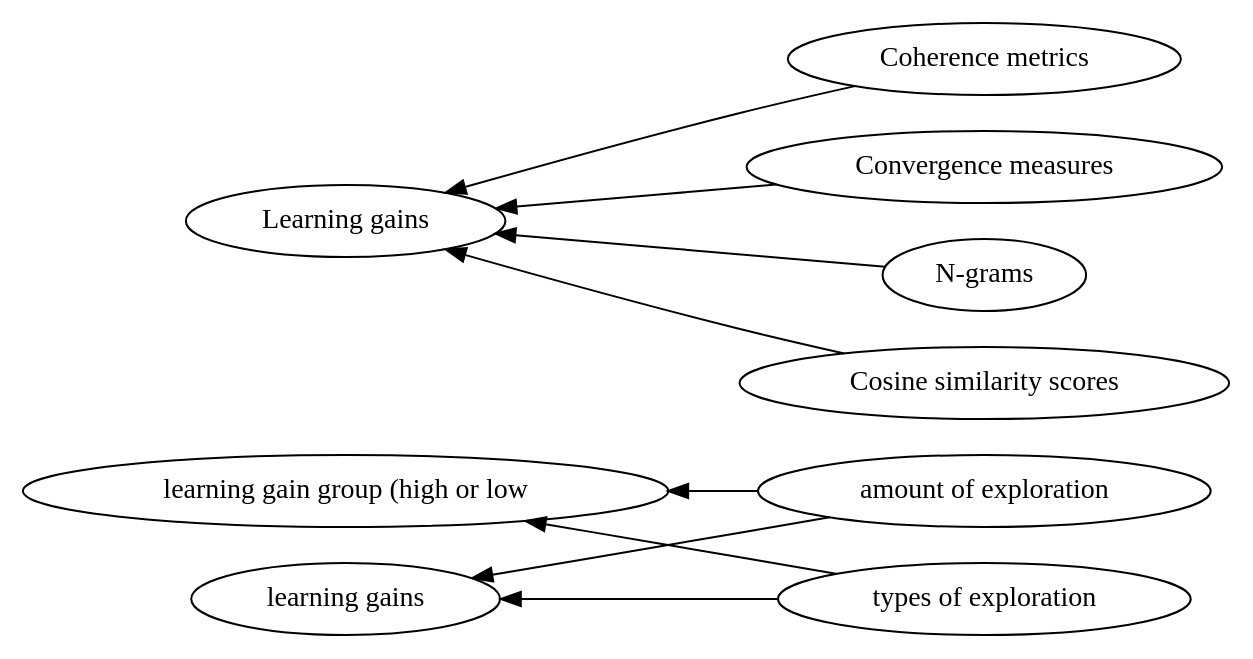
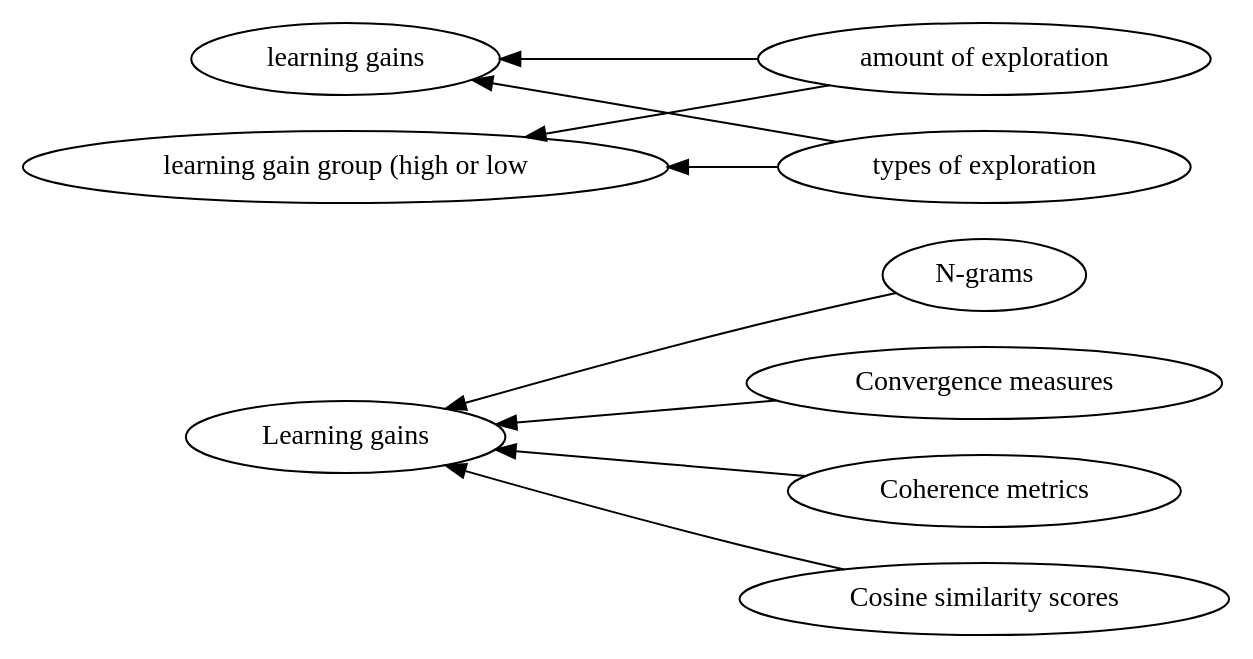
Before and after one commit to hgse-schneider/mmca: the diagram in graphviz/Log Data -> learning.gv, drawn with Graphviz. The commit also changed 168 other files, not shown here.

First line of the commit message:
resized the graphs

```diff
--- a/graphviz/Log Data -> learning.gv
+++ b/graphviz/Log Data -> learning.gv
@@ -1,24 +1,24 @@
 digraph Test {
 	rankdir=RL
-	size="15,15"
+	size="10,10"
 	overlap=false
 	splines=true
-	{rank=same; "amount of exploration" "Coherence metrics" "Convergence measures" "types of exploration" "N-grams" "Cosine similarity scores";}
-	{rank=same; "learning gain group (high or low" "learning gains" "Learning gains";}
+	{rank=same; "N-grams" "Convergence measures" "Coherence metrics" "Cosine similarity scores" "amount of exploration" "types of exploration";}
+	{rank=same; "Learning gains" "learning gains" "learning gain group (high or low";}
 	"Convergence measures" [href="https://scholar.google.com/scholar?hl=en&q=The%20Effect%20of%20Mutual%20Gaze%20Perception%20on%20Students’%20Verbal%20Coordination"]
 	"Convergence measures" -> "Learning gains"
 	"Coherence metrics" [href="https://scholar.google.com/scholar?hl=en&q=The%20Effect%20of%20Mutual%20Gaze%20Perception%20on%20Students’%20Verbal%20Coordination"]
 	"Coherence metrics" -> "Learning gains"
 	"N-grams" [href="https://scholar.google.com/scholar?hl=en&q=The%20Effect%20of%20Mutual%20Gaze%20Perception%20on%20Students’%20Verbal%20Coordination"]
 	"N-grams" -> "Learning gains"
 	"Cosine similarity scores" [href="https://scholar.google.com/scholar?hl=en&q=The%20Effect%20of%20Mutual%20Gaze%20Perception%20on%20Students’%20Verbal%20Coordination"]
 	"Cosine similarity scores" -> "Learning gains"
 	"amount of exploration" [href="https://scholar.google.com/scholar?hl=en&q=Unraveling%20Students'%20Interaction%20around%20a%20Tangible%20Interface%20Using%20Multimodal%20Learning%20Analytics."]
 	"amount of exploration" -> "learning gains"
 	"types of exploration" [href="https://scholar.google.com/scholar?hl=en&q=Unraveling%20Students'%20Interaction%20around%20a%20Tangible%20Interface%20Using%20Multimodal%20Learning%20Analytics."]
 	"types of exploration" -> "learning gains"
 	"amount of exploration" [href="https://scholar.google.com/scholar?hl=en&q=Unraveling%20Students'%20Interaction%20around%20a%20Tangible%20Interface%20Using%20Multimodal%20Learning%20Analytics."]
 	"amount of exploration" -> "learning gain group (high or low"
 	"types of exploration" [href="https://scholar.google.com/scholar?hl=en&q=Unraveling%20Students'%20Interaction%20around%20a%20Tangible%20Interface%20Using%20Multimodal%20Learning%20Analytics."]
 	"types of exploration" -> "learning gain group (high or low"
 }
```
